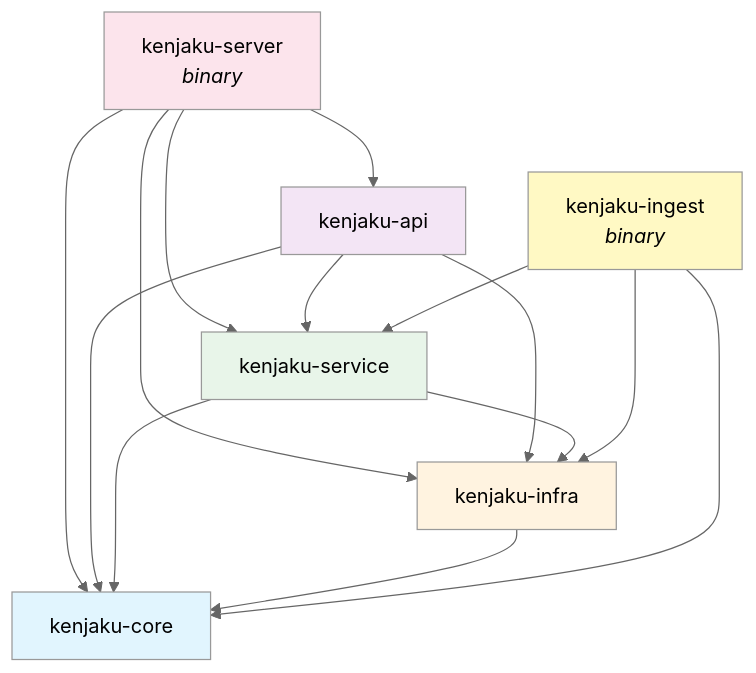
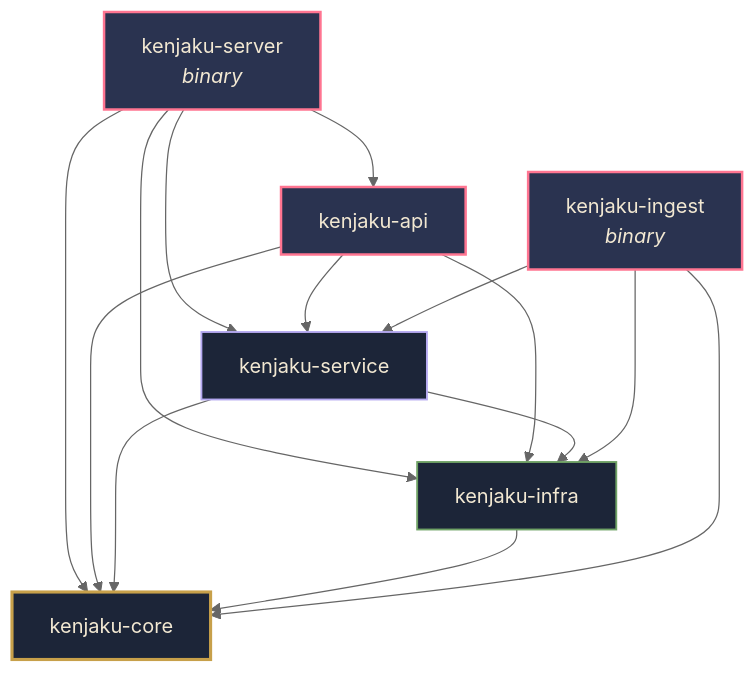
One commit to samwang0723/kenjaku changed the third of 9 diagrams in docs/architect.md. Above: the diagram before and after it, drawn with Mermaid (neutral theme).

Commit message:
docs: align crate dep graph styling with refined palette

````diff
--- a/docs/architect.md
+++ b/docs/architect.md
@@ -83,27 +83,29 @@
 ```mermaid
 graph TD
     SERVER[kenjaku-server<br/><i>binary</i>] --> API[kenjaku-api]
     SERVER --> SERVICE[kenjaku-service]
     SERVER --> INFRA[kenjaku-infra]
     SERVER --> CORE[kenjaku-core]
 
     API --> SERVICE
     API --> INFRA
     API --> CORE
 
     SERVICE --> INFRA
     SERVICE --> CORE
 
     INFRA --> CORE
 
     INGEST[kenjaku-ingest<br/><i>binary</i>] --> SERVICE
     INGEST --> INFRA
     INGEST --> CORE
 
-    style CORE fill:#e1f5fe
-    style INFRA fill:#fff3e0
-    style SERVICE fill:#e8f5e9
-    style API fill:#f3e5f5
-    style SERVER fill:#fce4ec
-    style INGEST fill:#fff9c4
+    classDef leaf fill:#1c2538,stroke:#C7A04A,color:#F2E8D2,stroke-width:2.5px
+    classDef infra fill:#1c2538,stroke:#6FA265,color:#F2E8D2,stroke-width:1.5px
+    classDef service fill:#1c2538,stroke:#B4A8F0,color:#F2E8D2,stroke-width:1.5px
+    classDef api fill:#2a3350,stroke:#FF7591,color:#F2E8D2,stroke-width:2px
+    class CORE leaf
+    class INFRA infra
+    class SERVICE service
+    class API,SERVER,INGEST api
 ```
````
